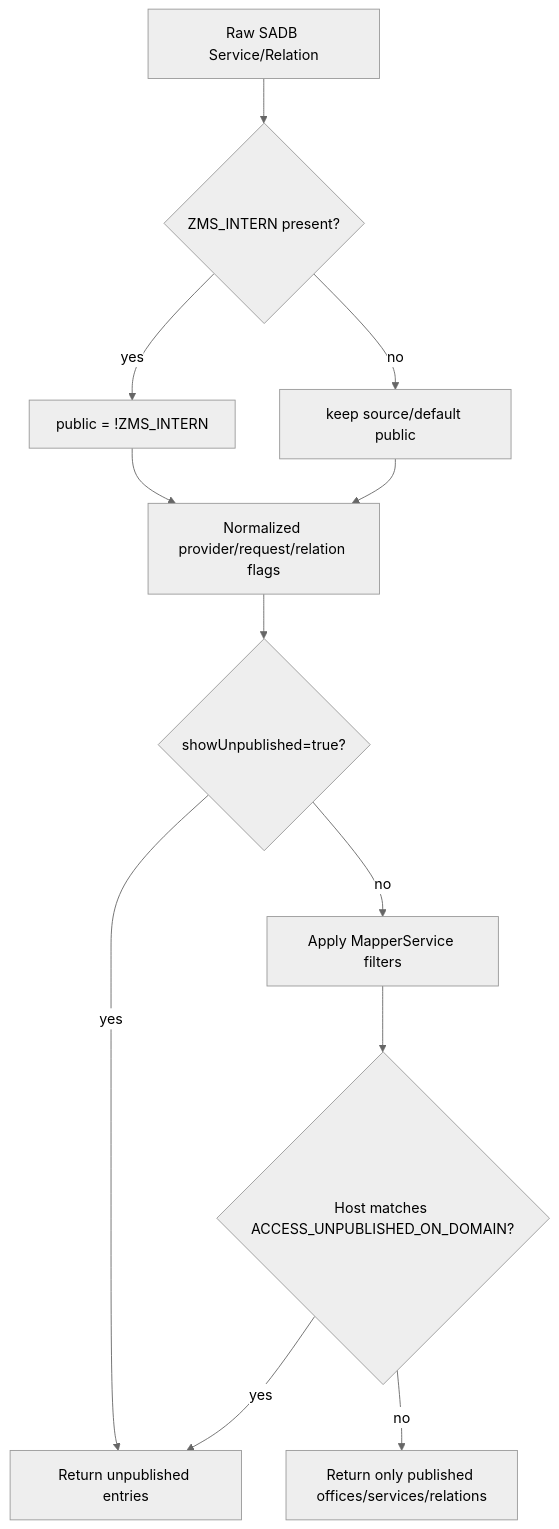
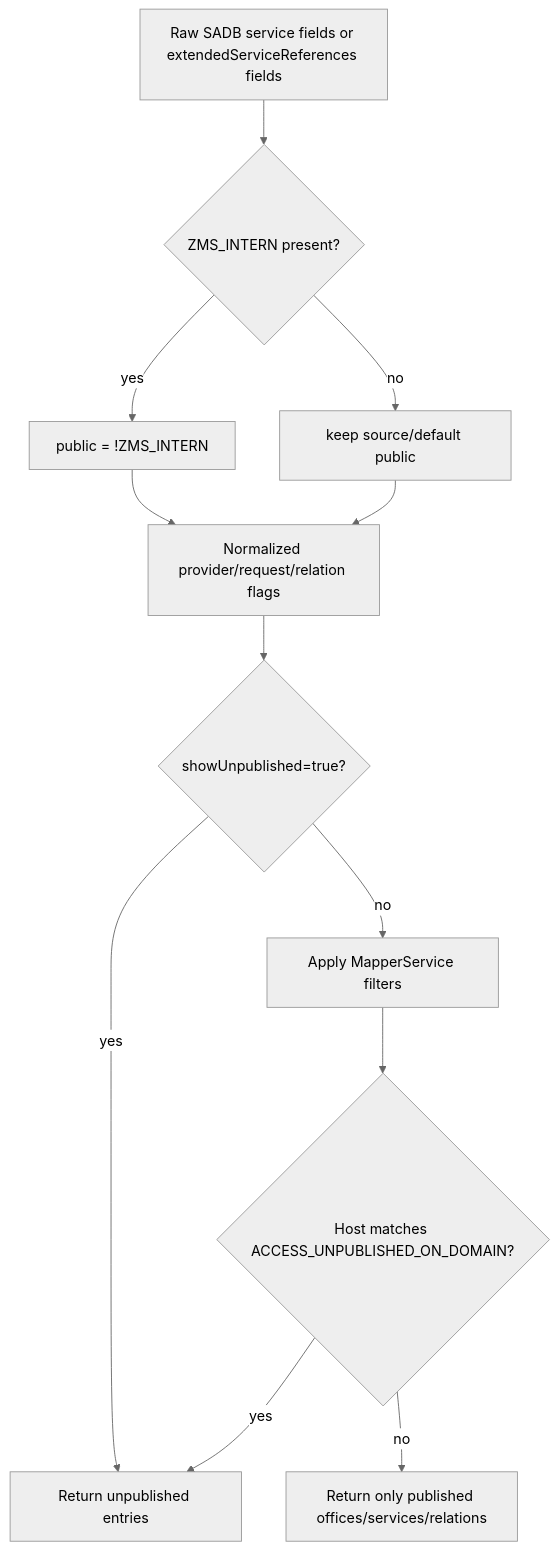
One commit to it-at-m/eappointment changed the third of 3 diagrams in docs/dldb-interface-documentation.md. Above: the diagram before and after it, drawn with Mermaid (neutral theme). The commit also changed other lines of this file, not shown here.

Commit message:
docs(ZMSKVR-1347): clarify ZMS_INTERN on services vs relation refs

````diff
--- a/docs/dldb-interface-documentation.md
+++ b/docs/dldb-interface-documentation.md
@@ -459,14 +463,14 @@
 ```mermaid
 flowchart TD
-    A[Raw SADB Service/Relation] --> B{ZMS_INTERN present?}
+    A[Raw SADB service fields or extendedServiceReferences fields] --> B{ZMS_INTERN present?}
     B -- yes --> C[public = !ZMS_INTERN]
     B -- no --> D[keep source/default public]
     C --> E[Normalized provider/request/relation flags]
     D --> E
     E --> F{showUnpublished=true?}
     F -- yes --> G[Return unpublished entries]
     F -- no --> H[Apply MapperService filters]
     H --> I{Host matches ACCESS_UNPUBLISHED_ON_DOMAIN?}
     I -- yes --> G
     I -- no --> J[Return only published offices/services/relations]
 ```
````
